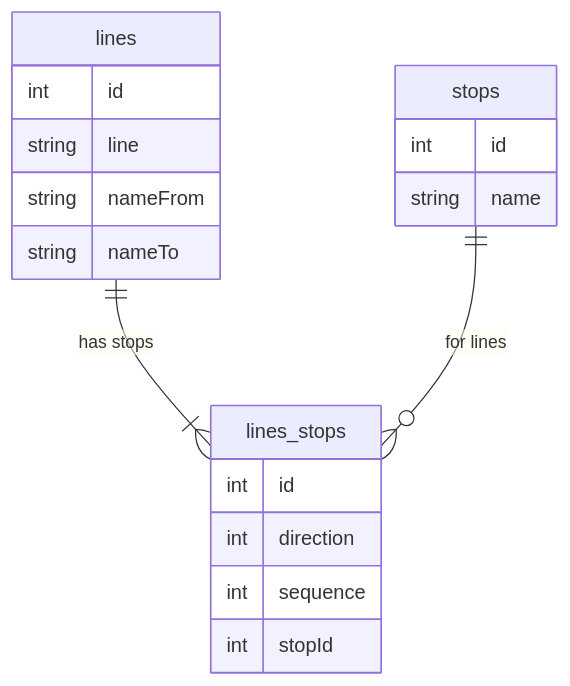
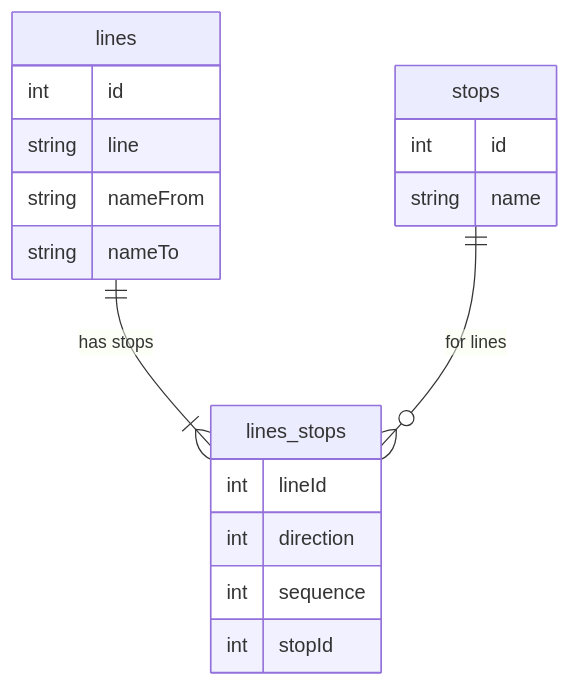
The diagram in README.md (openstreetmap-si/bus-routes-osm-lpp), drawn with Mermaid before and after one commit.

Commit message:
Fixed field name

````diff
--- a/README.md
+++ b/README.md
@@ -11,21 +11,21 @@
 ```mermaid
 erDiagram
           lines ||--|{ lines_stops : "has stops"
           lines {
               int id
               string line
               string nameFrom
               string nameTo
           }
           stops ||--o{ lines_stops : "for lines"
           stops {
               int id
               string name
           }
           lines_stops {
-              int id
+              int lineId
               int direction
               int sequence 
               int stopId
           }
 ```
````
